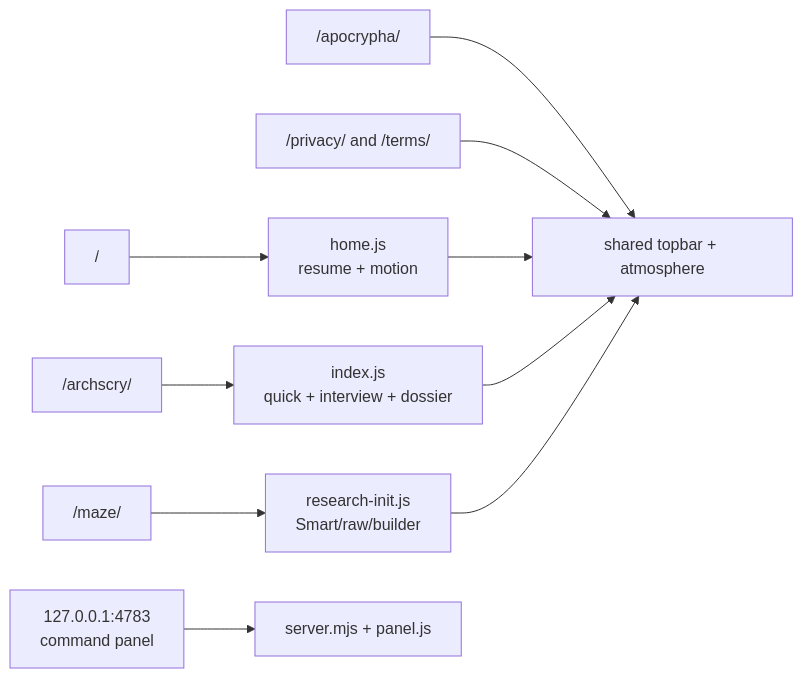
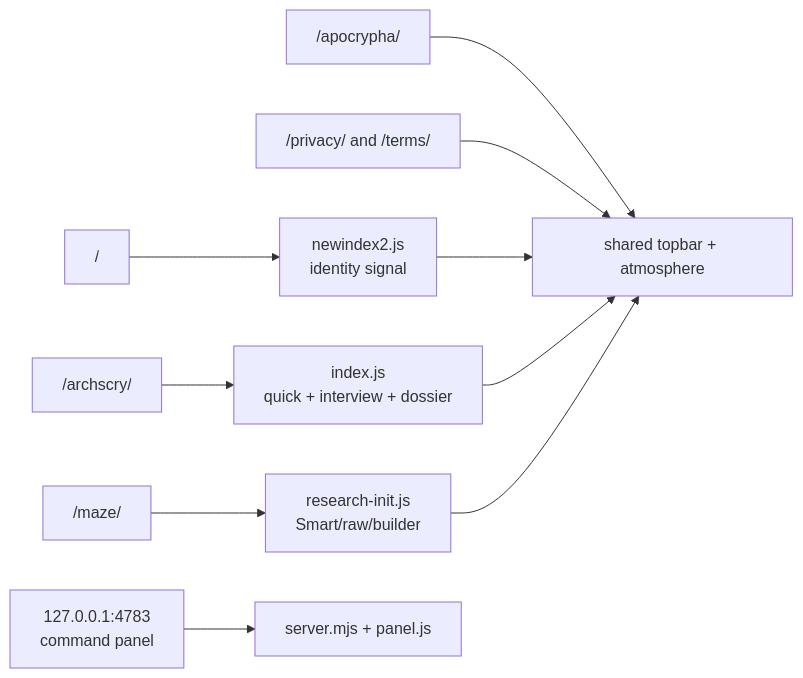
Before and after one commit to rboles84/mtgSiteWIP: the diagram in docs/diagrams/route-map.mmd, drawn with Mermaid. The commit also changed 33 other files, not shown here.

```diff
--- a/docs/diagrams/route-map.mmd
+++ b/docs/diagrams/route-map.mmd
@@ -1,21 +1,21 @@
 flowchart LR
   Root["/"]
-  HomeJS["home.js<br/>resume + motion"]
+  HomeJS["newindex2.js<br/>identity signal"]
   Arch["/archscry/"]
   PlaceJS["index.js<br/>quick + interview + dossier"]
   Maze["/maze/"]
   ResearchJS["research-init.js<br/>Smart/raw/builder"]
   Library["/apocrypha/"]
   Policy["/privacy/ and /terms/"]
   Shared["shared topbar + atmosphere"]
   Panel["127.0.0.1:4783<br/>command panel"]
 
   Root --> HomeJS
   Arch --> PlaceJS
   Maze --> ResearchJS
   Library --> Shared
   Policy --> Shared
   HomeJS --> Shared
   PlaceJS --> Shared
   ResearchJS --> Shared
   Panel --> SharedPanel["server.mjs + panel.js"]
```
